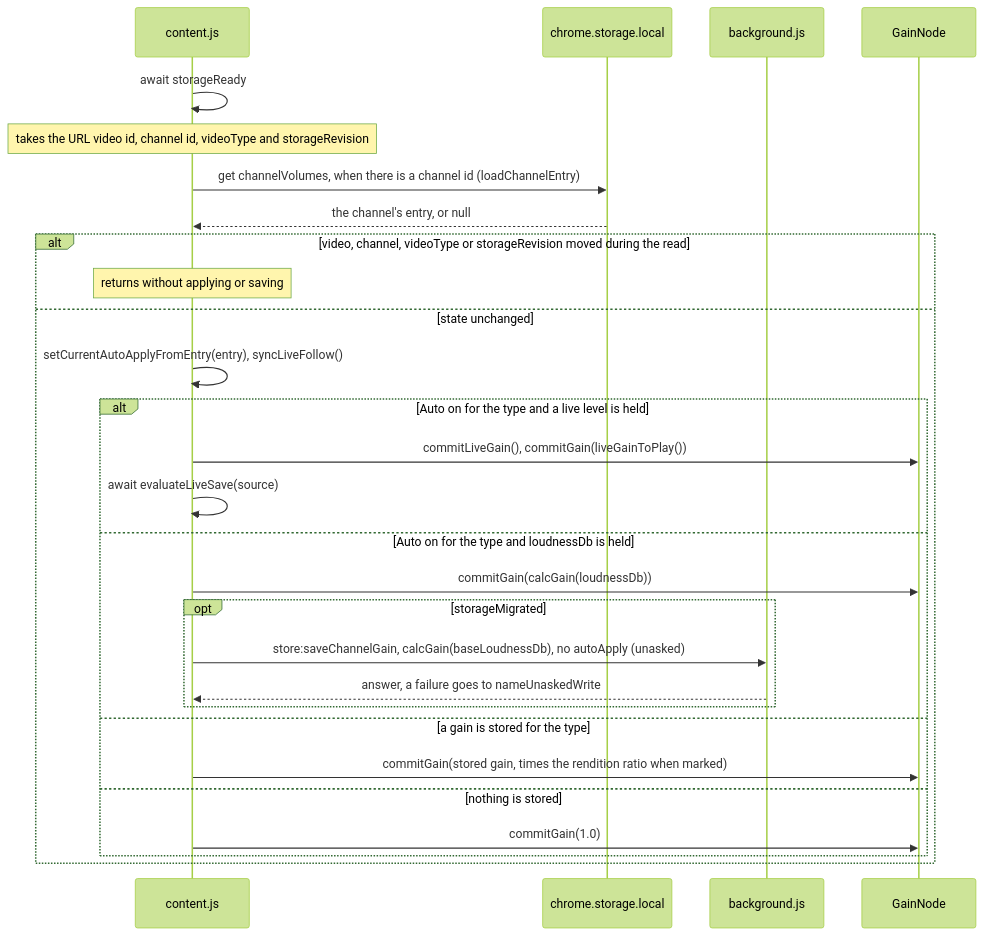
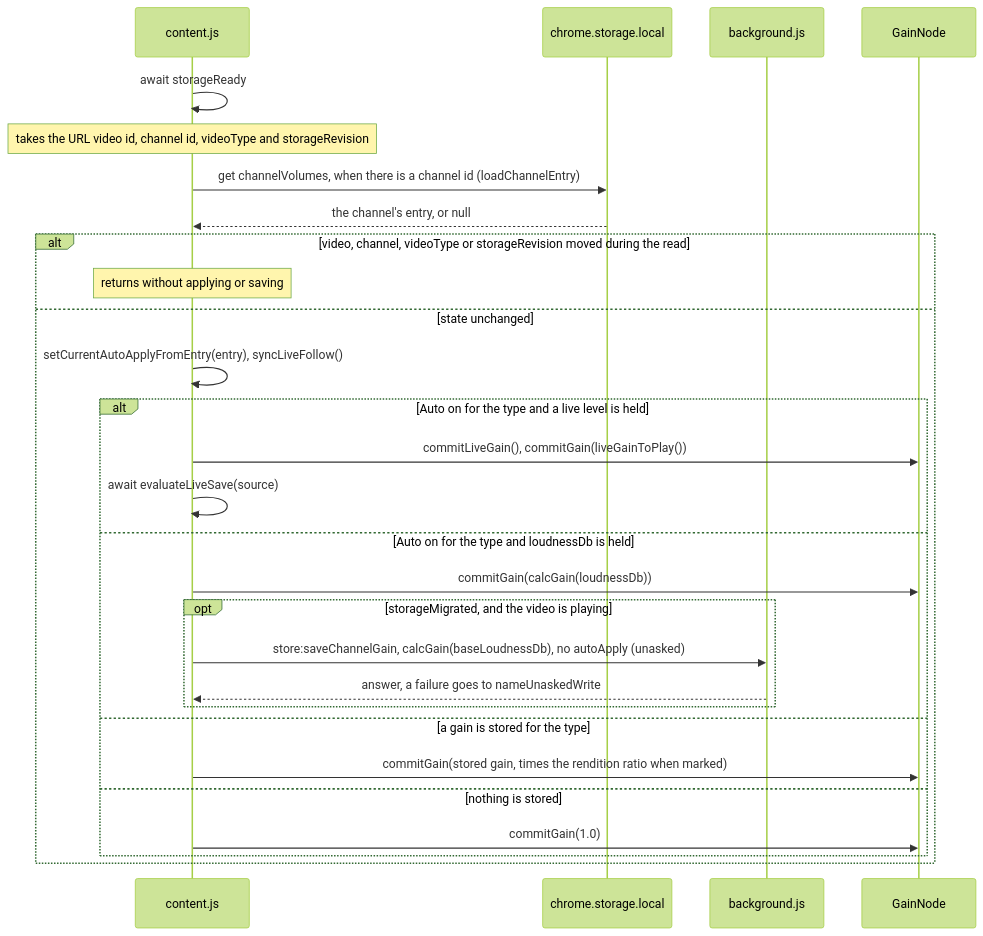
Before and after one commit to semnil/yt-channel-volume: the second of 14 diagrams in docs/gain-change-and-save.md, drawn with Mermaid (forest theme). The commit also changed other lines of this file and 5 other files, not shown here.

First line of the commit message:
fix: make Auto's own save only in a tab that is playing the video

````diff
--- a/docs/gain-change-and-save.md
+++ b/docs/gain-change-and-save.md
@@ -120,30 +120,30 @@
 ```mermaid
 sequenceDiagram
   participant C as content.js
   participant S as chrome.storage.local
   participant W as background.js
   participant G as GainNode
   C->>C: await storageReady
   Note over C: takes the URL video id, channel id, videoType and storageRevision
   C->>S: get channelVolumes, when there is a channel id (loadChannelEntry)
   S-->>C: the channel's entry, or null
   alt video, channel, videoType or storageRevision moved during the read
     Note over C: returns without applying or saving
   else state unchanged
     C->>C: setCurrentAutoApplyFromEntry(entry), syncLiveFollow()
     alt Auto on for the type and a live level is held
       C->>G: commitLiveGain(), commitGain(liveGainToPlay())
       C->>C: await evaluateLiveSave(source)
     else Auto on for the type and loudnessDb is held
       C->>G: commitGain(calcGain(loudnessDb))
-      opt storageMigrated
+      opt storageMigrated, and the video is playing
         C->>W: store:saveChannelGain, calcGain(baseLoudnessDb), no autoApply (unasked)
         W-->>C: answer, a failure goes to nameUnaskedWrite
       end
     else a gain is stored for the type
       C->>G: commitGain(stored gain, times the rendition ratio when marked)
     else nothing is stored
       C->>G: commitGain(1.0)
     end
   end
 ```
````
